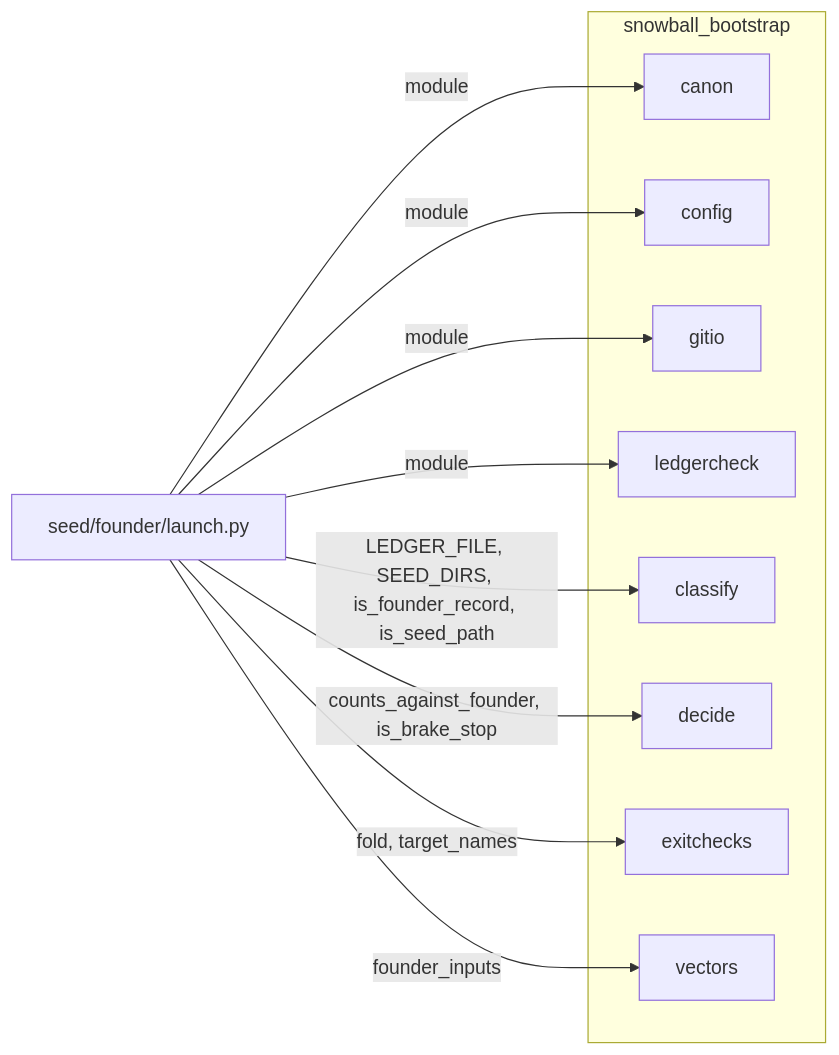
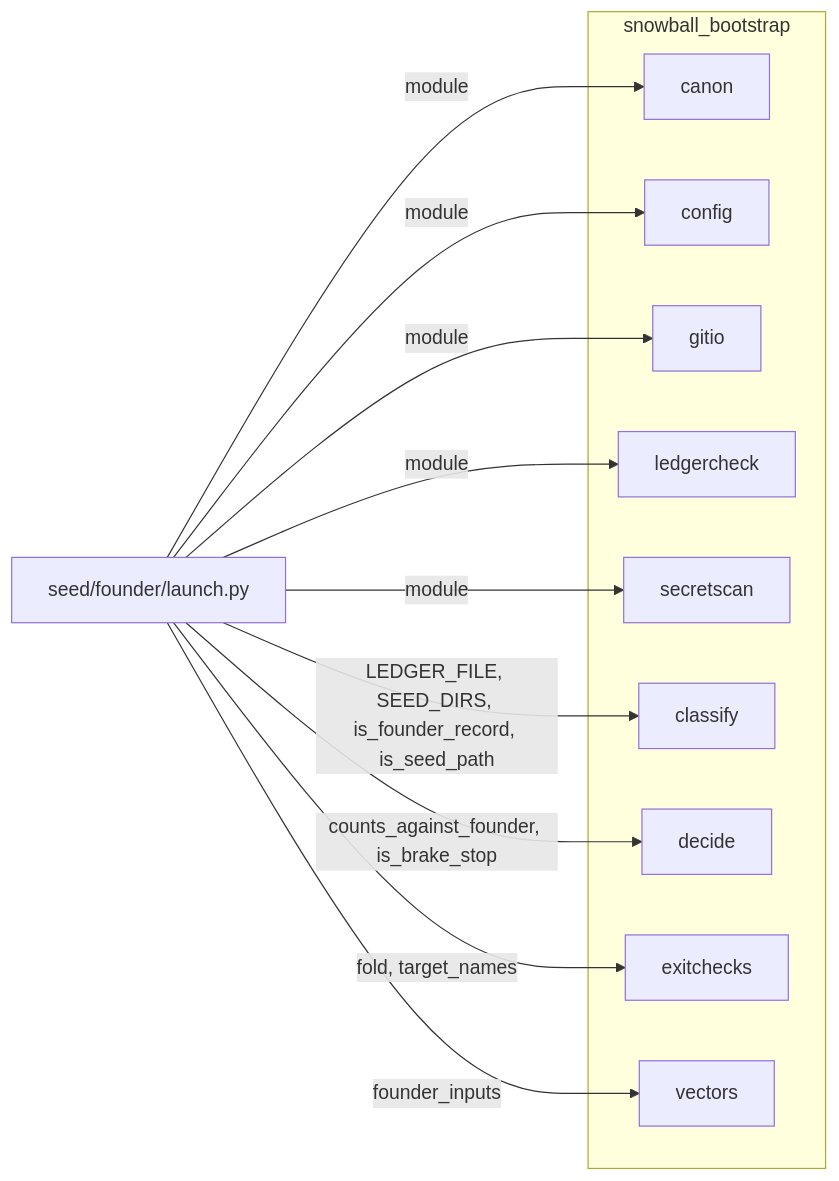
The eighth of 8 diagrams in docs/harita.md (Okan-wqm/snowball-mcp), drawn with Mermaid before and after one commit. The commit also changed other lines of this file and 15 other files, not shown here.

````diff
--- a/docs/harita.md
+++ b/docs/harita.md
@@ -423,22 +433,24 @@
 ```mermaid
 flowchart LR
   launcher["seed/founder/launch.py"]
   subgraph pkg["snowball_bootstrap"]
     m_canon["canon"]
     m_config["config"]
     m_gitio["gitio"]
     m_ledgercheck["ledgercheck"]
+    m_secretscan["secretscan"]
     m_classify["classify"]
     m_decide["decide"]
     m_exitchecks["exitchecks"]
     m_vectors["vectors"]
   end
   launcher -->|module| m_canon
   launcher -->|module| m_config
   launcher -->|module| m_gitio
   launcher -->|module| m_ledgercheck
+  launcher -->|module| m_secretscan
   launcher -->|LEDGER_FILE, SEED_DIRS, is_founder_record, is_seed_path| m_classify
   launcher -->|counts_against_founder, is_brake_stop| m_decide
   launcher -->|fold, target_names| m_exitchecks
   launcher -->|founder_inputs| m_vectors
 ```
````
